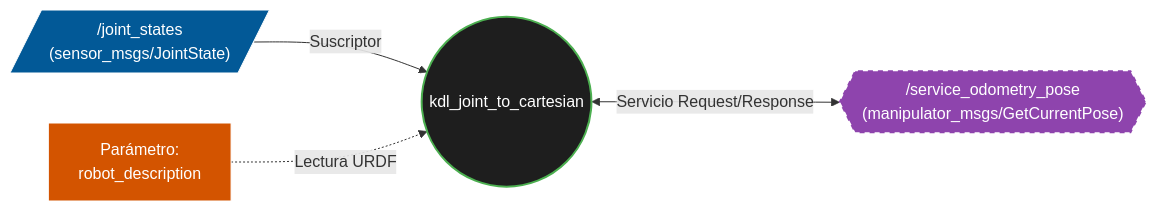
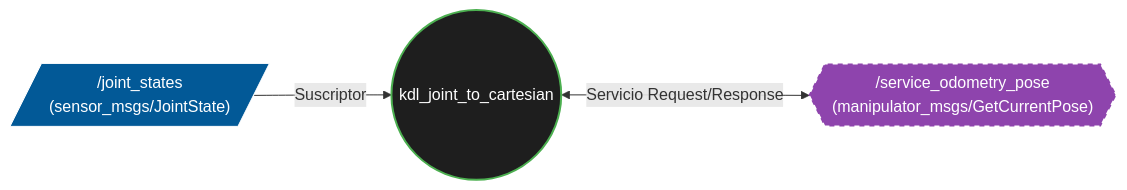
Before and after one commit to chechuu85/manipulator_roborescue: the third of 3 diagrams in src/manual_user_interface/README.md, drawn with Mermaid. The commit also changed other lines of this file, not shown here.

````diff
--- a/src/manual_user_interface/README.md
+++ b/src/manual_user_interface/README.md
@@ -130,25 +285,23 @@
 ```mermaid
 graph LR
     %% Definición de estilos
     classDef node fill:#1e1e1e,stroke:#4CAF50,stroke-width:2px,color:#fff;
     classDef topic fill:#025997,stroke:#fff,stroke-width:1px,color:#fff;
     classDef service fill:#8e44ad,stroke:#fff,stroke-width:2px,color:#fff,stroke-dasharray: 5 5;
     classDef param fill:#d35400,stroke:#fff,stroke-width:1px,color:#fff;
 
     %% Nodos e Interfaces (Texto envuelto en comillas para evitar errores de parseo)
     A[/"/joint_states<br/>(sensor_msgs/JointState)"/]
     B(("kdl_joint_to_cartesian"))
     C{{"/service_odometry_pose<br/>(manipulator_msgs/GetCurrentPose)"}}
-    D["Parámetro:<br/>robot_description"]
 
     %% Conexiones
     A -->|Suscriptor| B
-    D -.->|Lectura URDF| B
     B <-->|Servicio Request/Response| C
     
     %% Aplicación de estilos
     class B node;
     class A topic;
     class C service;
     class D param;
 ```
````
